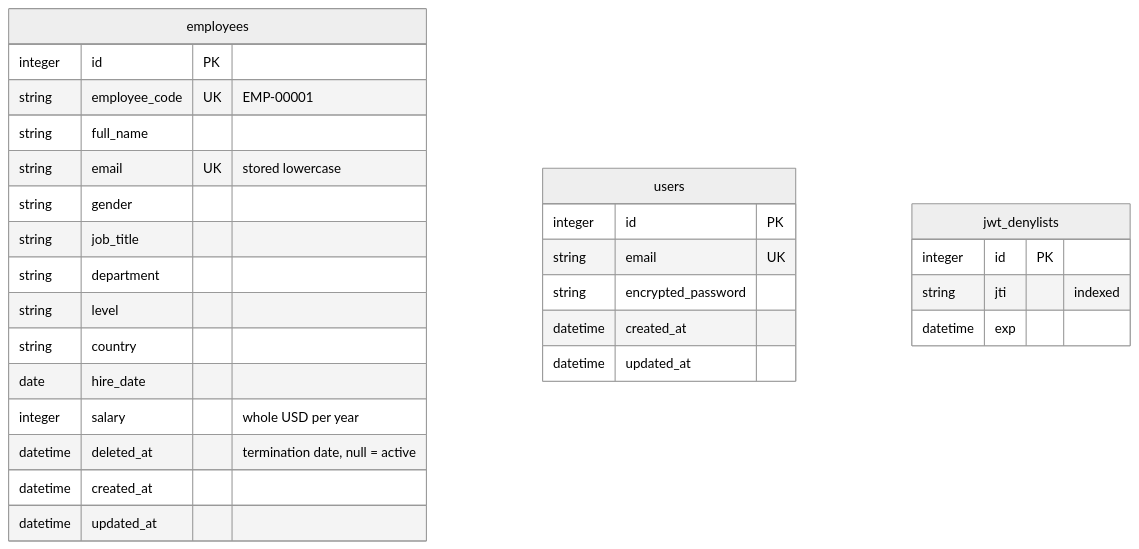
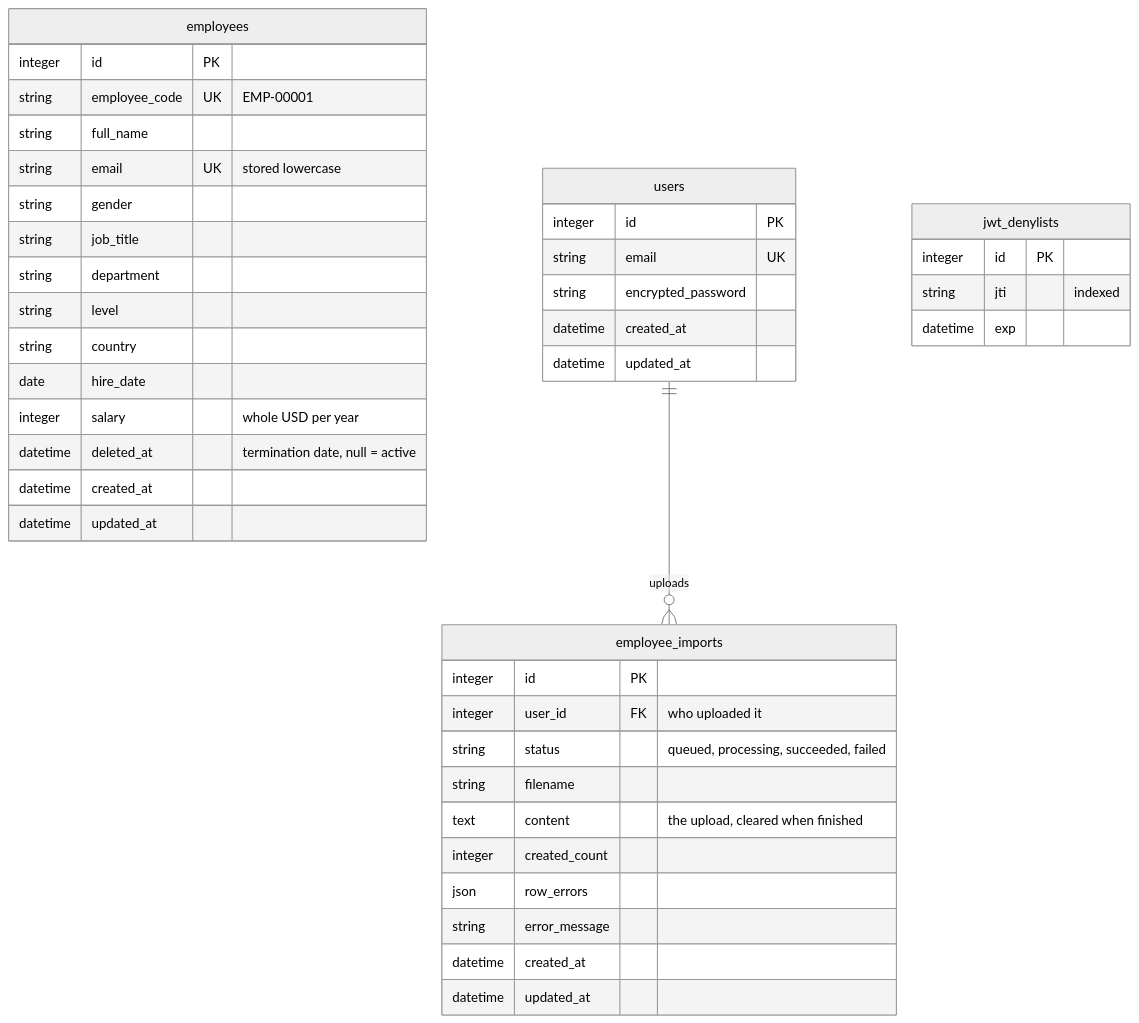
One commit to meamalpb/acme-salary changed the diagram in docs/design.md. Above: the diagram before and after it, drawn with Mermaid (neutral theme). The commit also changed other lines of this file and 17 other files, not shown here.

````diff
--- a/docs/design.md
+++ b/docs/design.md
@@ -7,31 +7,44 @@
 ```mermaid
 erDiagram
     employees {
         integer id PK
         string  employee_code UK "EMP-00001"
         string  full_name
         string  email UK "stored lowercase"
         string  gender
         string  job_title
         string  department
         string  level
         string  country
         date    hire_date
         integer salary "whole USD per year"
         datetime deleted_at "termination date, null = active"
         datetime created_at
         datetime updated_at
     }
     users {
         integer id PK
         string  email UK
         string  encrypted_password
         datetime created_at
         datetime updated_at
     }
     jwt_denylists {
         integer id PK
         string  jti "indexed"
         datetime exp
     }
+    employee_imports {
+        integer id PK
+        integer user_id FK "who uploaded it"
+        string  status "queued, processing, succeeded, failed"
+        string  filename
+        text    content "the upload, cleared when finished"
+        integer created_count
+        json    row_errors
+        string  error_message
+        datetime created_at
+        datetime updated_at
+    }
+    users ||--o{ employee_imports : uploads
 ```
````
